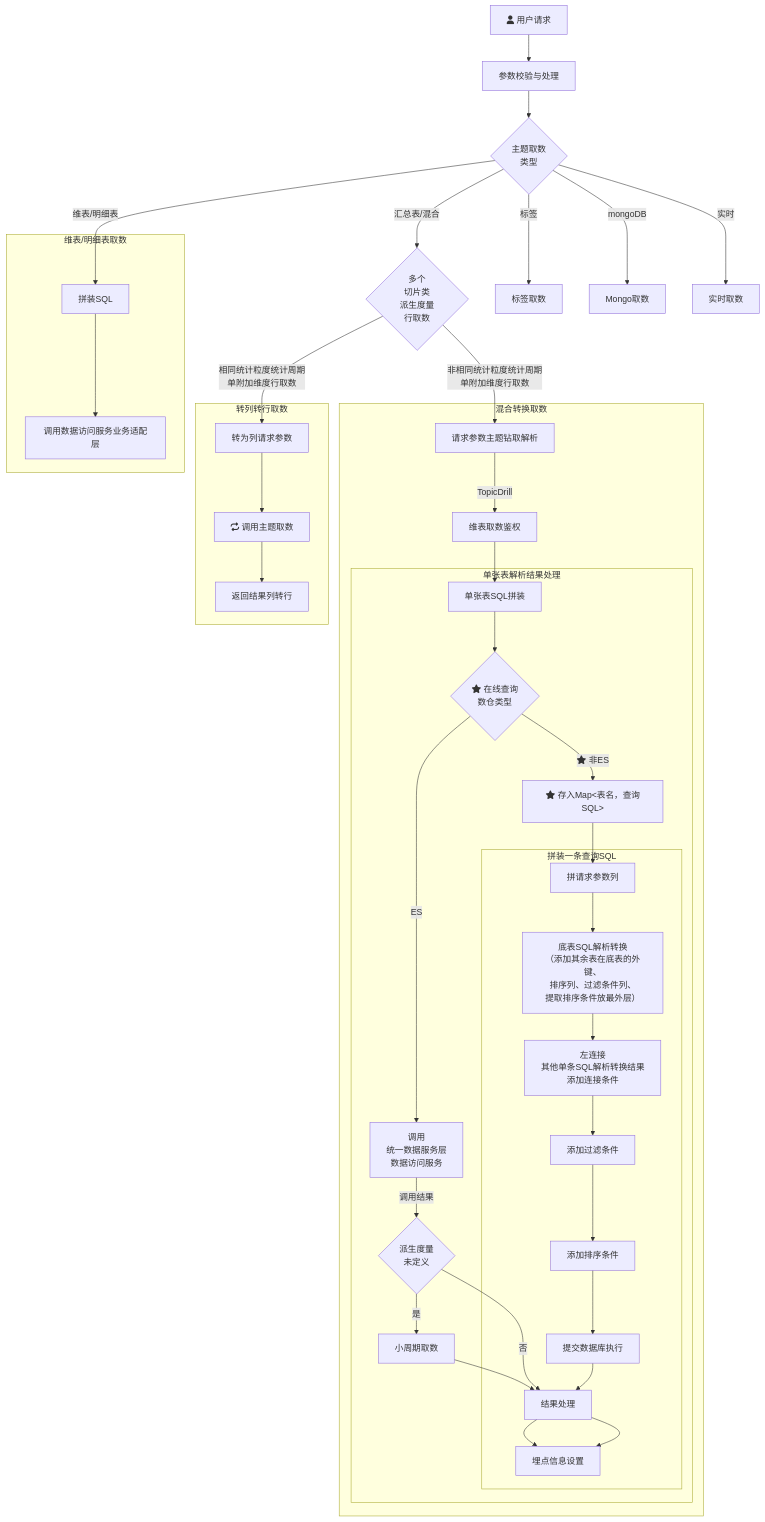
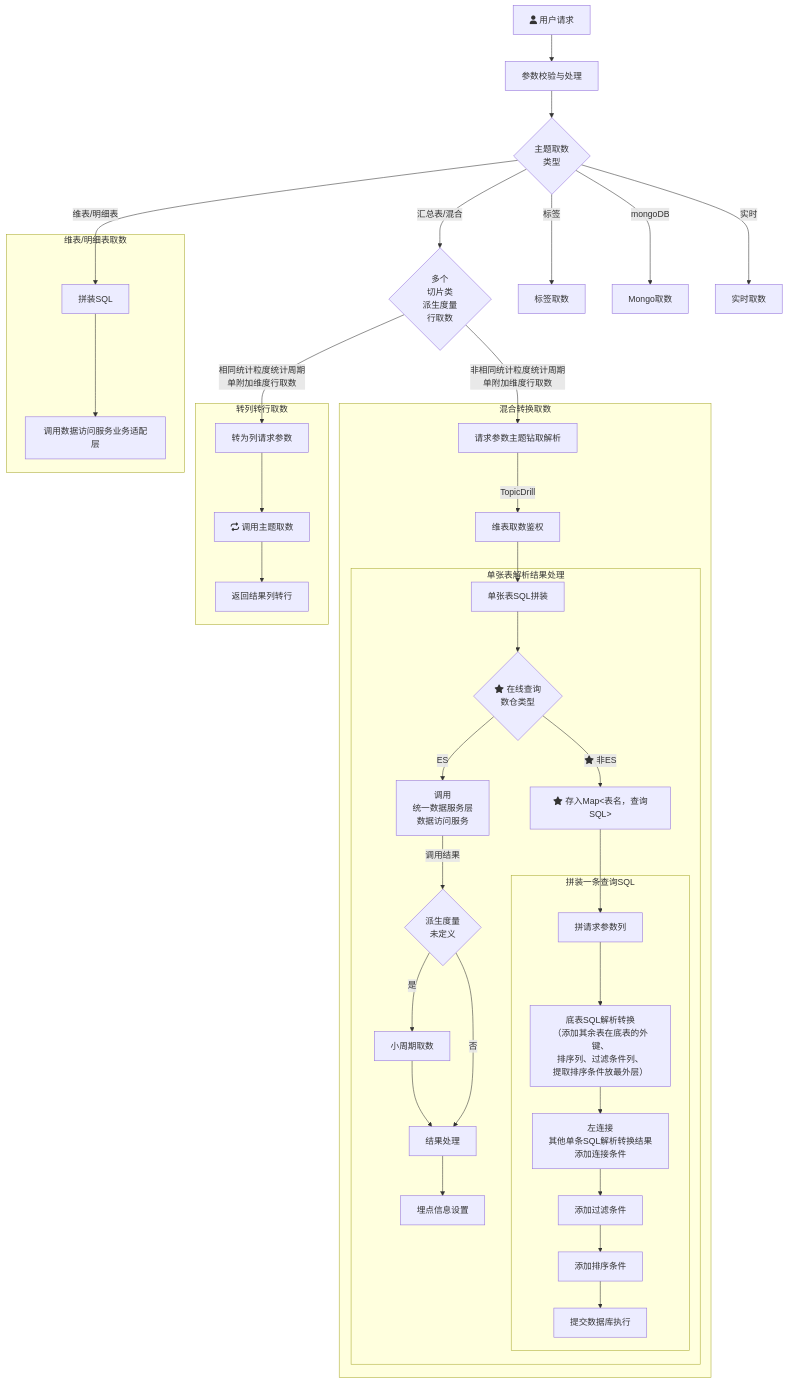
One commit to yanglosm/iodraw-files changed the diagram in all/未命名.md. Above: the diagram before and after it, drawn with Mermaid.

Commit message:
2024-11-29 19:44:31 update

````diff
--- a/all/未命名.md
+++ b/all/未命名.md
@@ -1,30 +1,31 @@
 ```mermaid
 flowchart TD
     A[fa:fa-user 用户请求] -->A1[参数校验与处理] --> B{主题取数\n类型}
     B -->|维表/明细表| D[拼装SQL]
     B -->|汇总表/混合| E{多个\n切片类\n派生度量\n行取数}
     B -->|标签| F[标签取数]
     B -->|mongoDB| G[Mongo取数]
     B -->|实时| H[实时取数]
     E -->|相同统计粒度统计周期\n单附加维度行取数| E1[转为列请求参数]
     E -->|非相同统计粒度统计周期\n单附加维度行取数| T1[请求参数主题钻取解析]
     subgraph 维表/明细表取数
     D-->D1[调用数据访问服务业务适配层]
     end
     subgraph 转列转行取数
     E1-->E11[fa:fa-repeat 调用主题取数]-->E12[返回结果列转行]
     end
     subgraph 混合转换取数
     T1-->|TopicDrill| T2[维表取数鉴权] --> T31[单张表SQL拼装]
         subgraph 单张表解析结果处理
         T31 --> T4{fa:fa-star 在线查询\n数仓类型}-->|ES|T32[调用\n统一数据服务层\n数据访问服务] --> |调用结果|T33{派生度量\n未定义}
         T33 --> |是|T33_1[小周期取数]-->T34[结果处理]-->T35[埋点信息设置]
         T33 --> |否|T34
         T4 --> |fa:fa-star 非ES|T41["fa:fa-star 存入Map<表名，查询SQL>"]
         T41 --> T42[拼请求参数列]
             subgraph 拼装一条查询SQL
-            T42 --> M1["底表SQL解析转换\n（添加其余表在底表的外键、\n排序列、过滤条件列、\n提取排序条件放最外层）"] --> M2[左连接\n其他单条SQL解析转换结果\n添加连接条件] --> M3[添加过滤条件] --> M4[添加排序条件] --> M5[提交数据库执行] --> T34 --> T35
+            T42 --> M1["底表SQL解析转换\n（添加其余表在底表的外键、\n排序列、过滤条件列、\n提取排序条件放最外层）"] --> M2[左连接\n其他单条SQL解析转换结果\n添加连接条件] --> M3[添加过滤条件] --> M4[添加排序条件] --> M5[提交数据库执行]
             end
+            M5
         end
     end
 ```
````
